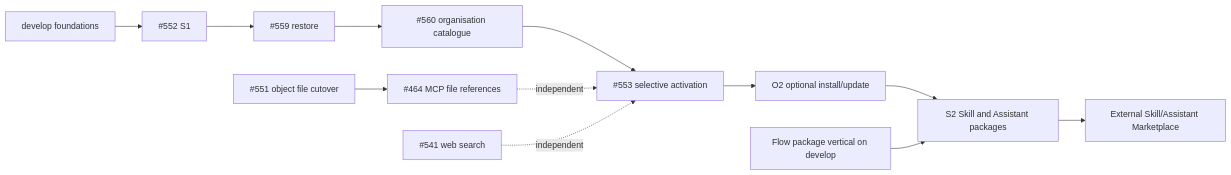
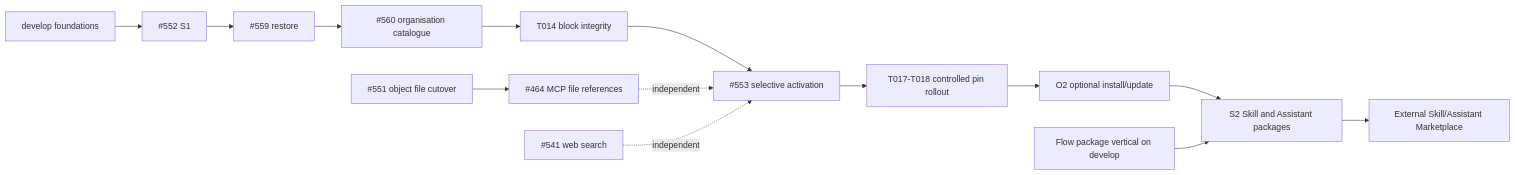
Before and after one commit to eneo-ai/eneo: the third of 3 diagrams in docs/enterprise-skills-roadmap.md, drawn with Mermaid. The commit also changed other lines of this file and 6 other files, not shown here.

Commit message:
docs(skills): sequence enterprise runtime rollout

````diff
--- a/docs/enterprise-skills-roadmap.md
+++ b/docs/enterprise-skills-roadmap.md
@@ -774,14 +835,16 @@
 ```mermaid
 flowchart LR
     D[develop foundations] --> S1[#552 S1]
     S1 --> H1[#559 restore]
     H1 --> O1[#560 organisation catalogue]
-    O1 --> SEL[#553 selective activation]
-    SEL --> O2[O2 optional install/update]
+    O1 --> BLOCK[T014 block integrity]
+    BLOCK --> SEL[#553 selective activation]
+    SEL --> ROLL[T017-T018 controlled pin rollout]
+    ROLL --> O2[O2 optional install/update]
     O2 --> S2[S2 Skill and Assistant packages]
     FLOW[Flow package vertical on develop] --> S2
     S2 --> EXT[External Skill/Assistant Marketplace]
     F551[#551 object file cutover] --> F464[#464 MCP file references]
     F464 -. independent .-> SEL
     W[#541 web search] -. independent .-> SEL
 ```
````
